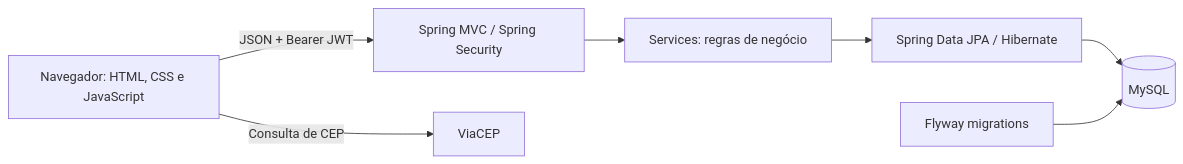
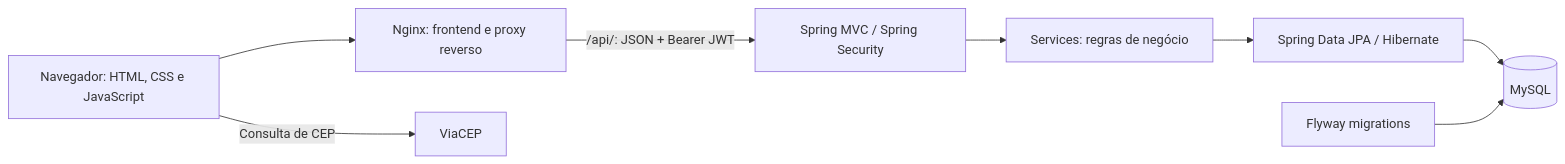
The first of 2 diagrams in README.md (matheus-vsm/SistemaSalgadosDaLucia), drawn with Mermaid before and after one commit. The commit also changed other lines of this file and 5 other files, not shown here.

````diff
--- a/README.md
+++ b/README.md
@@ -73,9 +73,10 @@
 ```mermaid
 flowchart LR
-    Browser["Navegador: HTML, CSS e JavaScript"] -->|" JSON + Bearer JWT "| API["Spring MVC / Spring Security"]
+    Browser["Navegador: HTML, CSS e JavaScript"] --> Nginx["Nginx: frontend e proxy reverso"]
+    Nginx -->|" /api/: JSON + Bearer JWT "| API["Spring MVC / Spring Security"]
     API --> Service["Services: regras de negócio"]
     Service --> Repository["Spring Data JPA / Hibernate"]
     Repository --> Database[("MySQL")]
     Flyway["Flyway migrations"] --> Database
     Browser -->|" Consulta de CEP "| ViaCEP["ViaCEP"]
 ```
````
